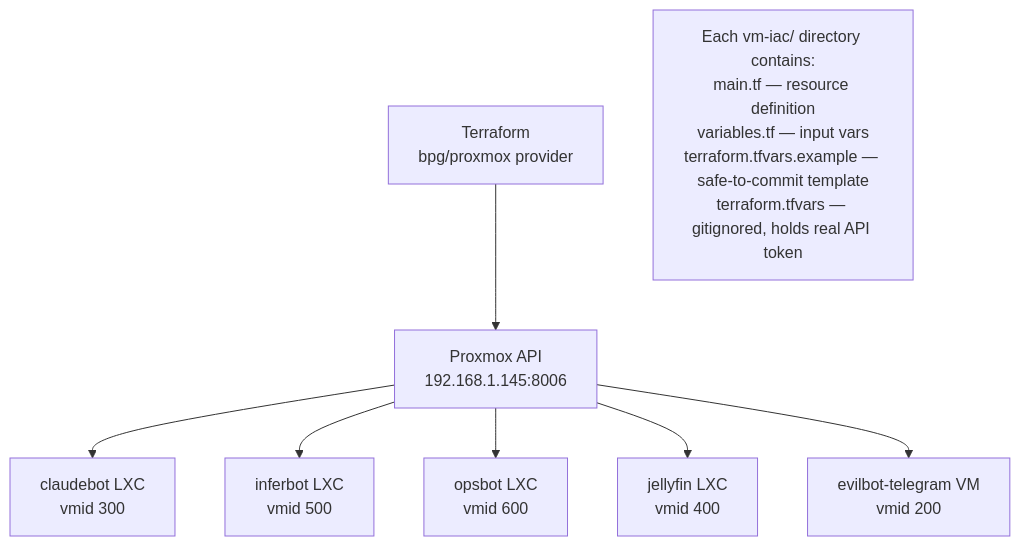
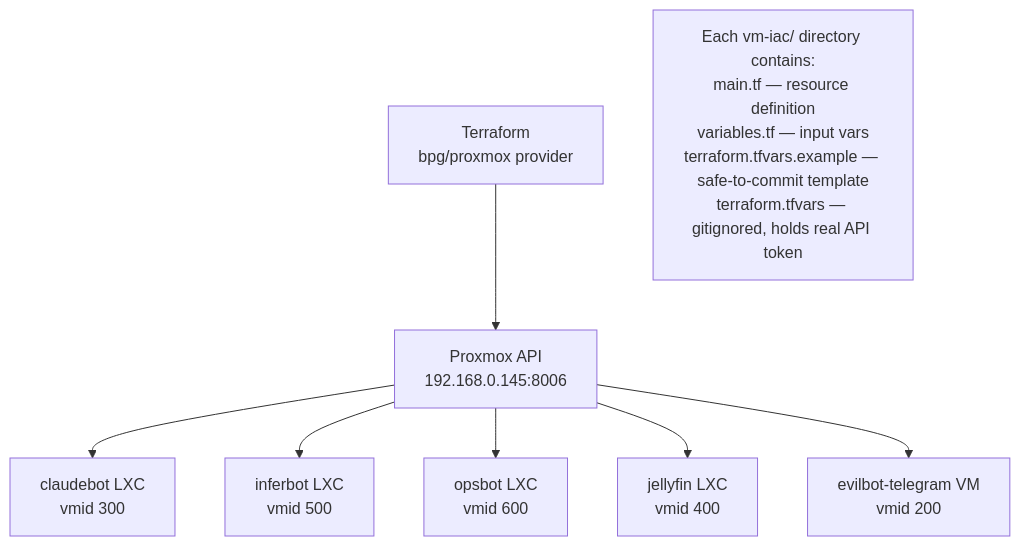
One commit to Haml3t/evilbot changed the sixth of 7 diagrams in docs/architecture.md. Above: the diagram before and after it, drawn with Mermaid. The commit also changed other lines of this file and 51 other files, not shown here.

````diff
--- a/docs/architecture.md
+++ b/docs/architecture.md
@@ -215,14 +215,14 @@
 ```mermaid
 graph TD
     tf["Terraform\nbpg/proxmox provider"]
 
-    tf --> pve["Proxmox API\n192.168.1.145:8006"]
+    tf --> pve["Proxmox API\n192.168.0.145:8006"]
 
     pve --> claudebot_lxc["claudebot LXC\nvmid 300"]
     pve --> inferbot_lxc["inferbot LXC\nvmid 500"]
     pve --> opsbot_lxc["opsbot LXC\nvmid 600"]
     pve --> jellyfin_lxc["jellyfin LXC\nvmid 400"]
     pve --> telegram_vm["evilbot-telegram VM\nvmid 200"]
 
     note["Each vm-iac/ directory contains:\nmain.tf — resource definition\nvariables.tf — input vars\nterraform.tfvars.example — safe-to-commit template\nterraform.tfvars — gitignored, holds real API token"]
 ```
````
